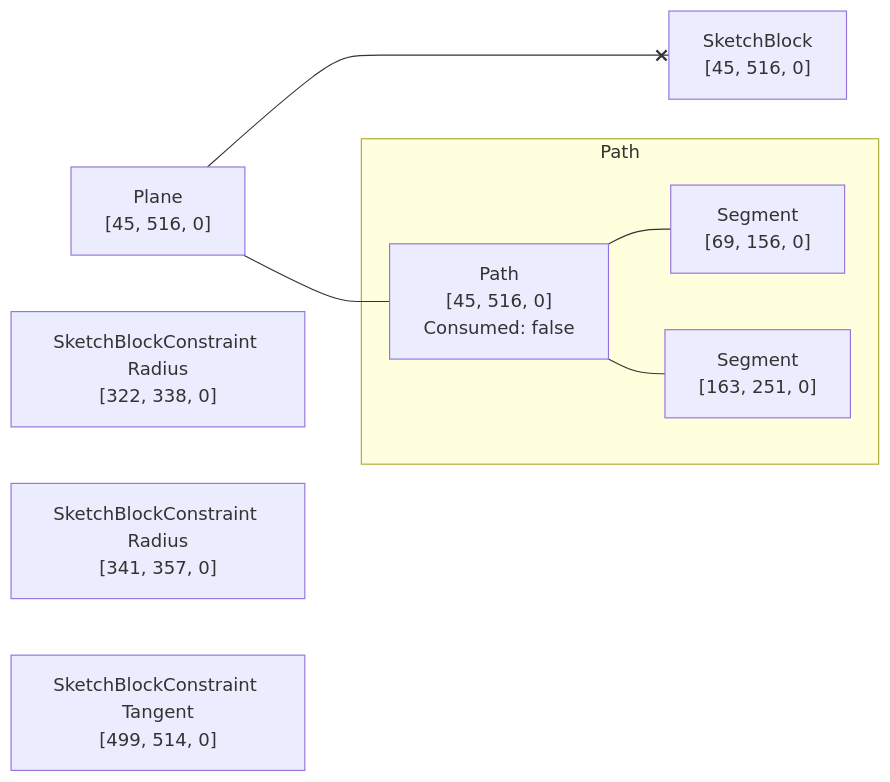
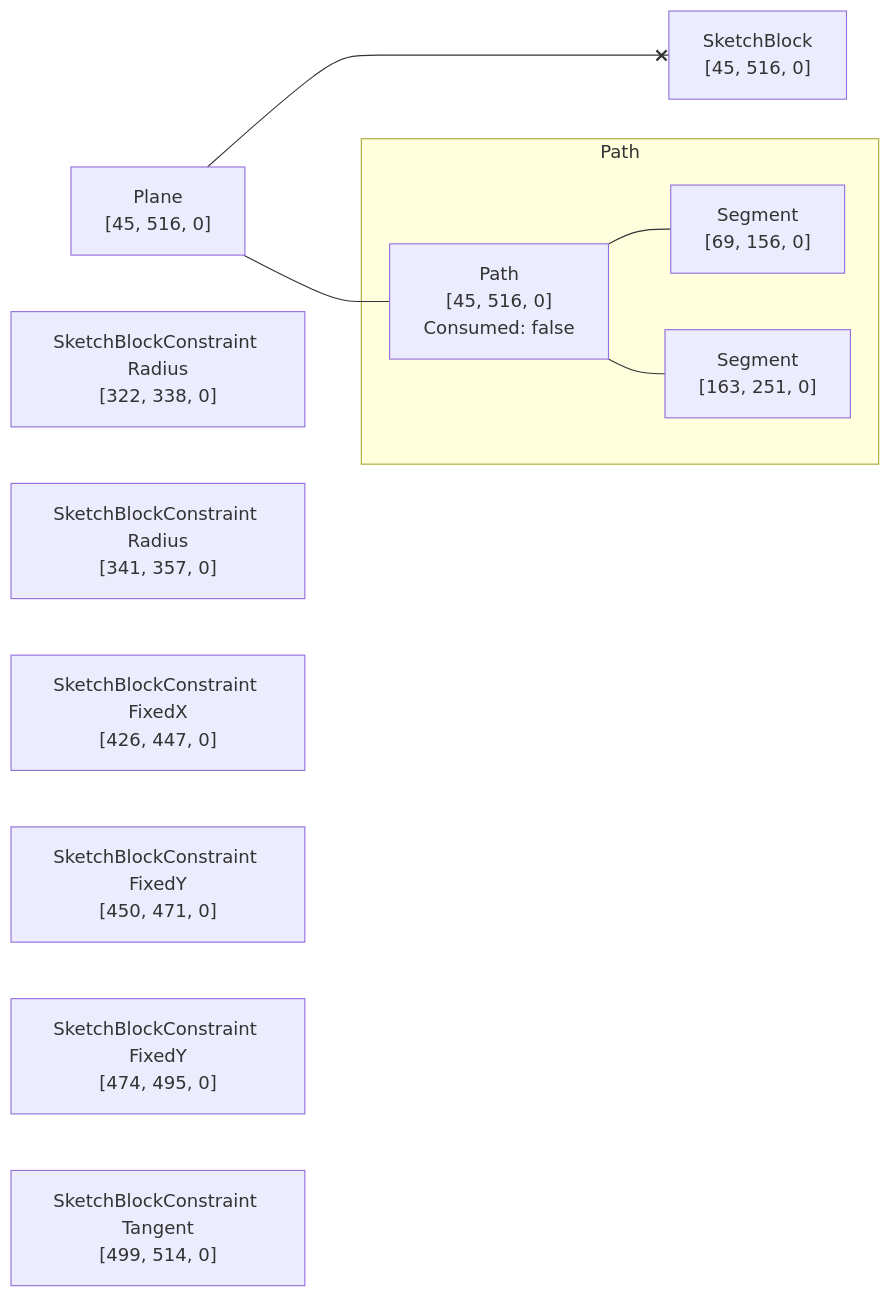
One commit to KittyCAD/modeling-app changed the diagram in rust/kcl-lib/tests/tangent_arc_arc_math_only/artifact_graph_flowchart.snap.md. Above: the diagram before and after it, drawn with Mermaid. The commit also changed 25 other files, not shown here.

````diff
--- a/rust/kcl-lib/tests/tangent_arc_arc_math_only/artifact_graph_flowchart.snap.md
+++ b/rust/kcl-lib/tests/tangent_arc_arc_math_only/artifact_graph_flowchart.snap.md
@@ -1,25 +1,31 @@
 ```mermaid
 flowchart LR
   subgraph path2 [Path]
     2["Path<br>[45, 516, 0]<br>Consumed: false"]
       %% [ProgramBodyItem { index: 0 }, VariableDeclarationDeclaration, VariableDeclarationInit, SketchBlock]
     3["Segment<br>[69, 156, 0]"]
       %% [ProgramBodyItem { index: 0 }, VariableDeclarationDeclaration, VariableDeclarationInit, SketchBlock]
     4["Segment<br>[163, 251, 0]"]
       %% [ProgramBodyItem { index: 0 }, VariableDeclarationDeclaration, VariableDeclarationInit, SketchBlock]
   end
   1["Plane<br>[45, 516, 0]"]
     %% [ProgramBodyItem { index: 0 }, VariableDeclarationDeclaration, VariableDeclarationInit, SketchBlock]
   5["SketchBlock<br>[45, 516, 0]"]
     %% [ProgramBodyItem { index: 0 }, VariableDeclarationDeclaration, VariableDeclarationInit, SketchBlock]
   6["SketchBlockConstraint Radius<br>[322, 338, 0]"]
     %% [ProgramBodyItem { index: 0 }, VariableDeclarationDeclaration, VariableDeclarationInit, SketchBlock]
   7["SketchBlockConstraint Radius<br>[341, 357, 0]"]
     %% [ProgramBodyItem { index: 0 }, VariableDeclarationDeclaration, VariableDeclarationInit, SketchBlock]
-  8["SketchBlockConstraint Tangent<br>[499, 514, 0]"]
+  8["SketchBlockConstraint FixedX<br>[426, 447, 0]"]
+    %% [ProgramBodyItem { index: 0 }, VariableDeclarationDeclaration, VariableDeclarationInit, SketchBlock]
+  9["SketchBlockConstraint FixedY<br>[450, 471, 0]"]
+    %% [ProgramBodyItem { index: 0 }, VariableDeclarationDeclaration, VariableDeclarationInit, SketchBlock]
+  10["SketchBlockConstraint FixedY<br>[474, 495, 0]"]
+    %% [ProgramBodyItem { index: 0 }, VariableDeclarationDeclaration, VariableDeclarationInit, SketchBlock]
+  11["SketchBlockConstraint Tangent<br>[499, 514, 0]"]
     %% [ProgramBodyItem { index: 0 }, VariableDeclarationDeclaration, VariableDeclarationInit, SketchBlock]
   1 --- 2
   1 <--x 5
   2 --- 3
   2 --- 4
 ```
````
